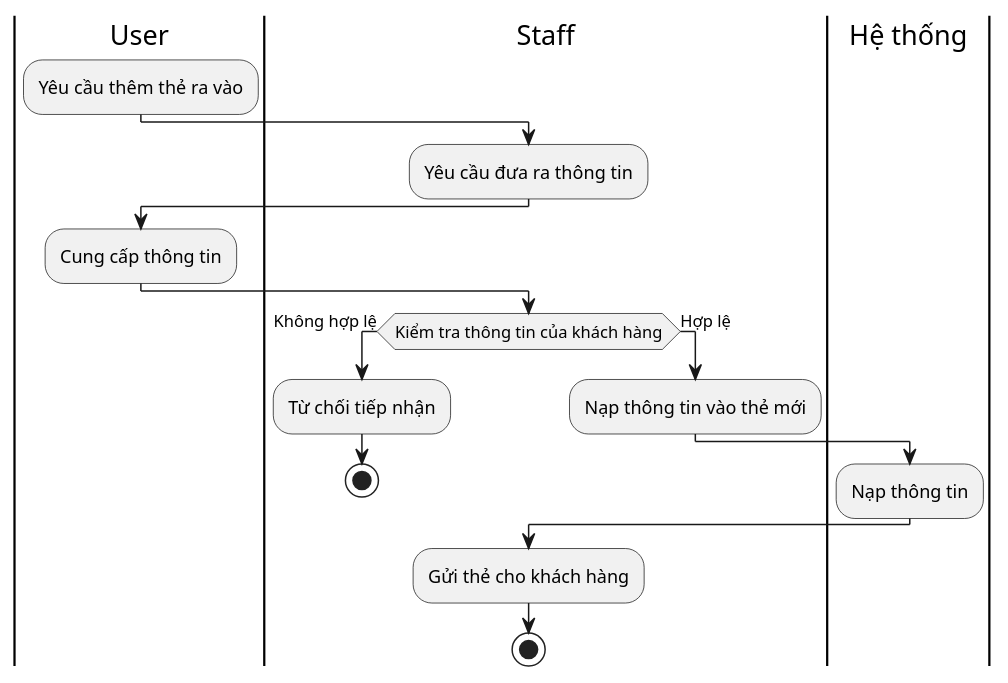
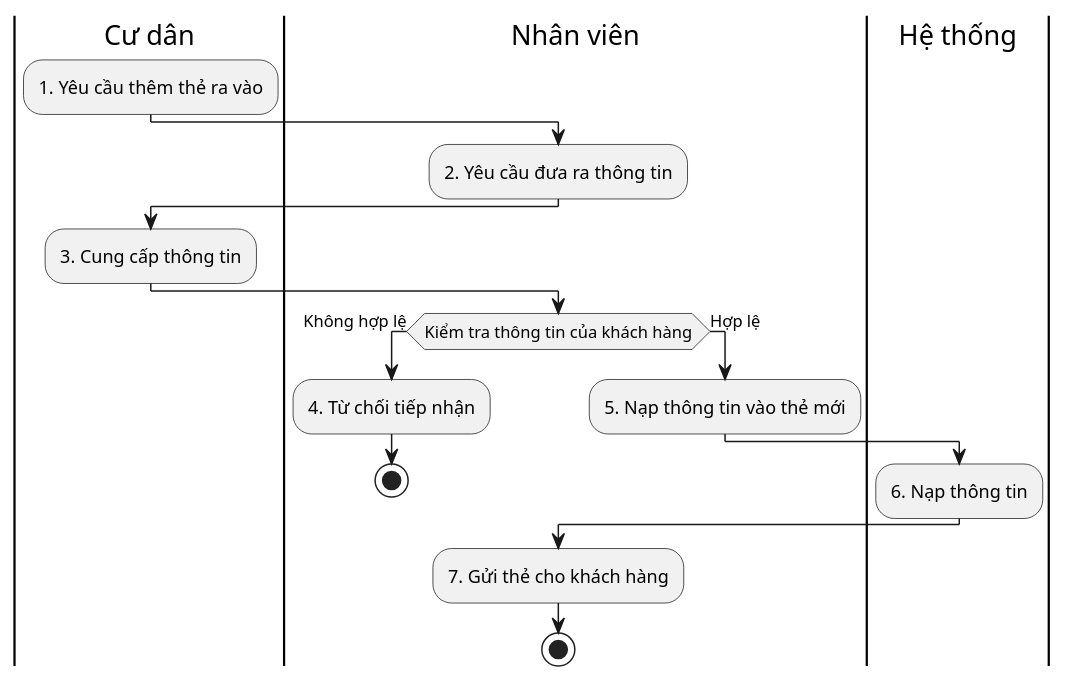
Before and after one commit to QuickyBooster/SE357-Pratice-class: the diagram in Lab1/Lab1.2/Activity Diagram/Quản lý ra vào/Thêm thẻ ra vào.puml, drawn with PlantUML. The commit also changed 19 other files, not shown here.

```diff
--- a/Lab1/Lab1.2/Activity Diagram/Quản lý ra vào/Thêm thẻ ra vào.puml
+++ b/Lab1/Lab1.2/Activity Diagram/Quản lý ra vào/Thêm thẻ ra vào.puml
@@ -1,21 +1,21 @@
 @startuml
-|User|
-:Yêu cầu thêm thẻ ra vào;
-|Staff|
-:Yêu cầu đưa ra thông tin;
-|User|
-:Cung cấp thông tin;
-|Staff|
+|Cư dân|
+:1. Yêu cầu thêm thẻ ra vào;
+|Nhân viên|
+:2. Yêu cầu đưa ra thông tin;
+|Cư dân|
+:3. Cung cấp thông tin;
+|Nhân viên|
 if(Kiểm tra thông tin của khách hàng) then (Không hợp lệ)
-:Từ chối tiếp nhận;
+:4. Từ chối tiếp nhận;
 stop
 else (Hợp lệ)
-:Nạp thông tin vào thẻ mới;
+:5. Nạp thông tin vào thẻ mới;
 |Hệ thống|
-:Nạp thông tin;
+:6. Nạp thông tin;
 endif
-|Staff|
-:Gửi thẻ cho khách hàng;
+|Nhân viên|
+:7. Gửi thẻ cho khách hàng;
 stop
 
 @enduml
```
